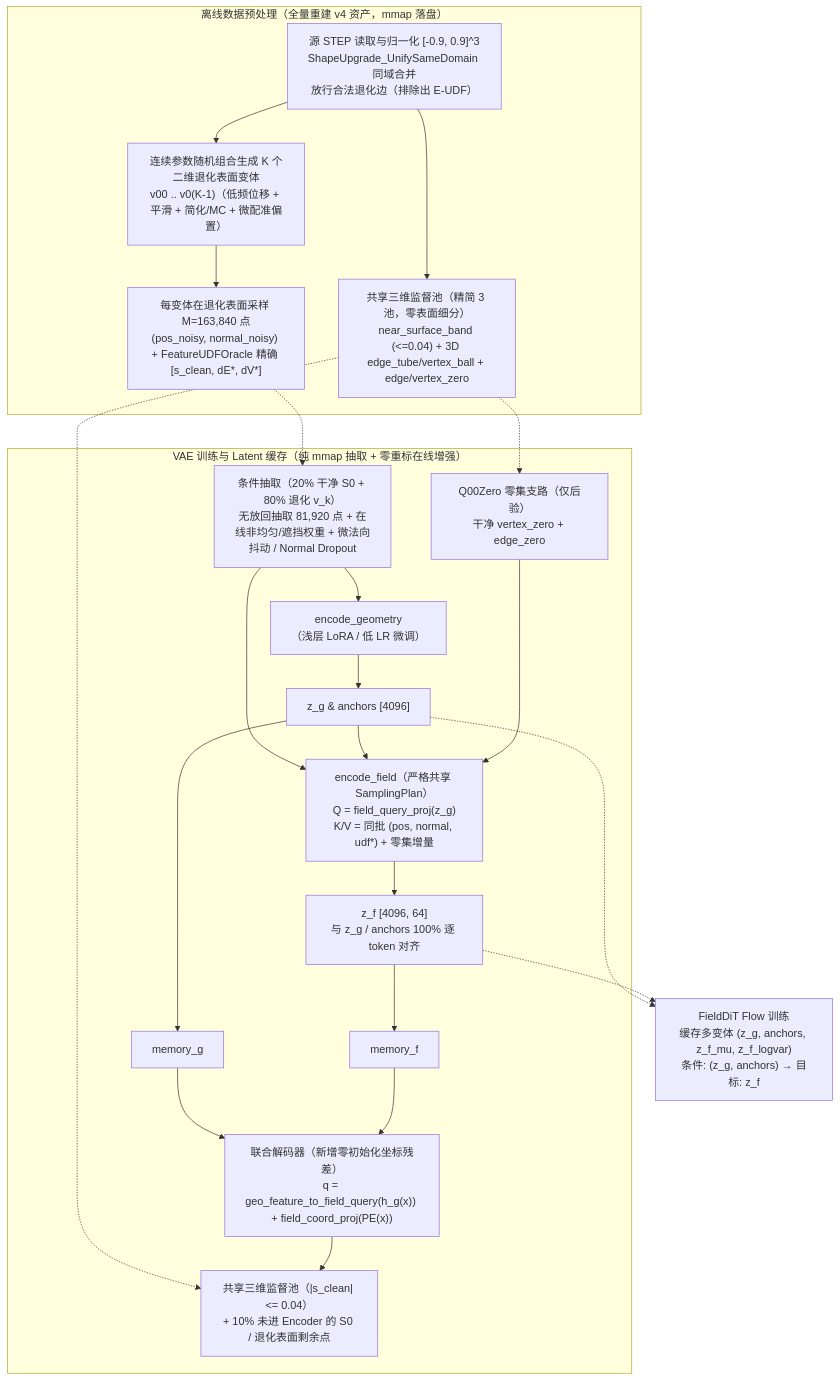
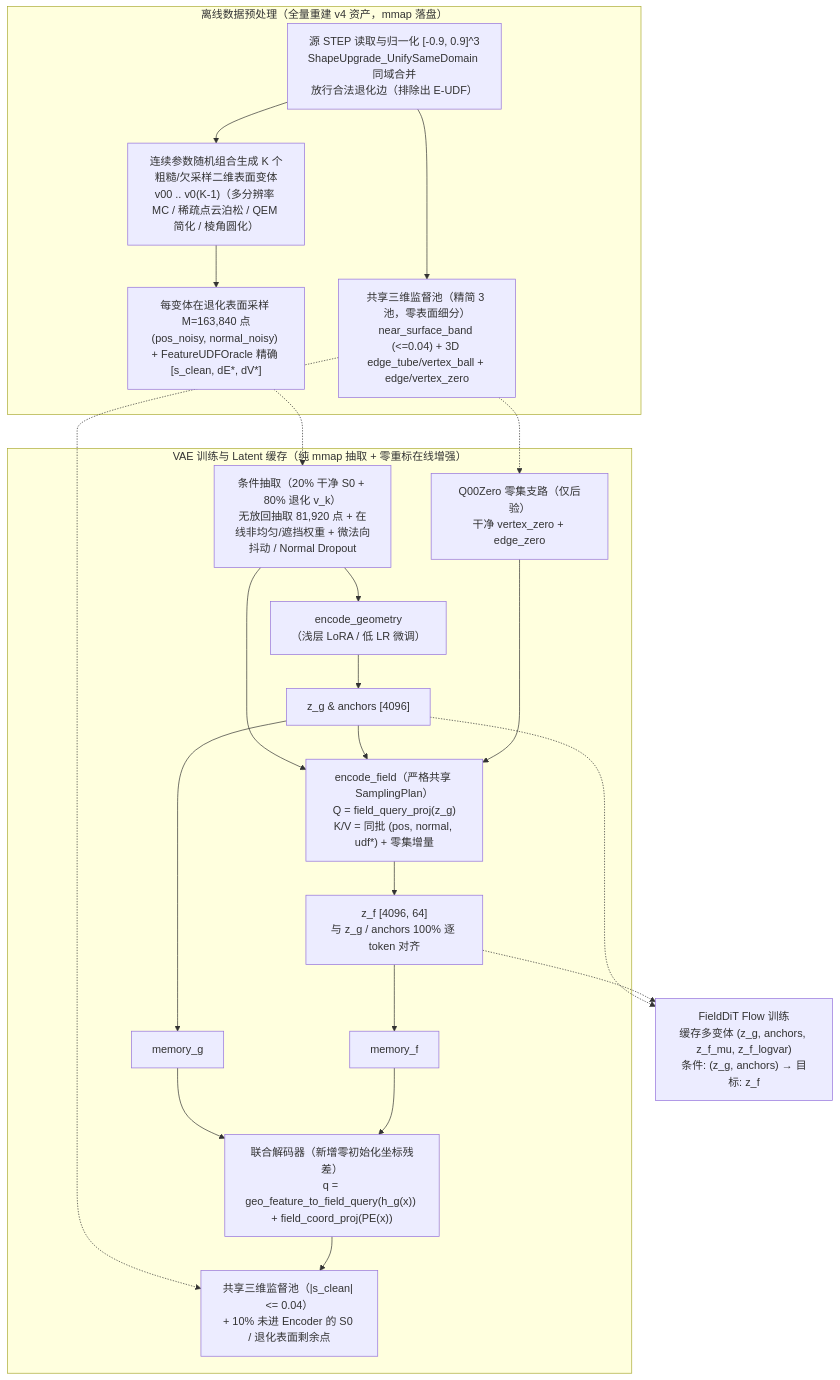
Before and after one commit to Hallucinat1on/DualBrep: the diagram in docs/ScanPairedTraining.md, drawn with Mermaid. The commit also changed other lines of this file and 1 other file, not shown here.

````diff
--- a/docs/ScanPairedTraining.md
+++ b/docs/ScanPairedTraining.md
@@ -82,39 +100,39 @@
 ```mermaid
 flowchart TB
     subgraph PRE["离线数据预处理（全量重建 v4 资产，mmap 落盘）"]
         STEP["源 STEP 读取与归一化 [-0.9, 0.9]^3<br/>ShapeUpgrade_UnifySameDomain 同域合并<br/>放行合法退化边（排除出 E-UDF）"]
-        DEG["连续参数随机组合生成 K 个二维退化表面变体<br/>v00 .. v0(K-1)（低频位移 + 平滑 + 简化/MC + 微配准偏置）"]
+        DEG["连续参数随机组合生成 K 个粗糙/欠采样二维表面变体<br/>v00 .. v0(K-1)（多分辨率 MC / 稀疏点云泊松 / QEM 简化 / 棱角圆化）"]
         SAMP["每变体在退化表面采样 M=163,840 点<br/>(pos_noisy, normal_noisy) + FeatureUDFOracle 精确 [s_clean, dE*, dV*]"]
         POOL["共享三维监督池（精简 3 池，零表面细分）<br/>near_surface_band (<=0.04) + 3D edge_tube/vertex_ball + edge/vertex_zero"]
         STEP --> DEG --> SAMP
         STEP --> POOL
     end
 
     subgraph TRAIN["VAE 训练与 Latent 缓存（纯 mmap 抽取 + 零重标在线增强）"]
         DRAW["条件抽取（20% 干净 S0 + 80% 退化 v_k）<br/>无放回抽取 81,920 点 + 在线非均匀/遮挡权重 + 微法向抖动 / Normal Dropout"]
         GE["encode_geometry<br/>（浅层 LoRA / 低 LR 微调）"]
         ZG["z_g & anchors [4096]"]
         MG["memory_g"]
 
         ZERO["Q00Zero 零集支路（仅后验）<br/>干净 vertex_zero + edge_zero"]
         FE["encode_field（严格共享 SamplingPlan）<br/>Q = field_query_proj(z_g)<br/>K/V = 同批 (pos, normal, udf*) + 零集增量"]
         ZF["z_f [4096, 64]<br/>与 z_g / anchors 100% 逐 token 对齐"]
         MF["memory_f"]
 
         DEC["联合解码器（新增零初始化坐标残差）<br/>q = geo_feature_to_field_query(h_g(x)) + field_coord_proj(PE(x))"]
         SUP["共享三维监督池（|s_clean| <= 0.04）<br/>+ 10% 未进 Encoder 的 S0 / 退化表面剩余点"]
     end
 
     FLOW["FieldDiT Flow 训练<br/>缓存多变体 (z_g, anchors, z_f_mu, z_f_logvar)<br/>条件: (z_g, anchors) → 目标: z_f"]
 
     SAMP -.-> DRAW
     POOL -.-> SUP
     POOL -.-> ZERO
     DRAW --> GE --> ZG --> MG --> DEC
     DRAW --> FE
     ZG --> FE
     ZERO --> FE --> ZF --> MF --> DEC
     DEC --> SUP
     ZG -.-> FLOW
     ZF -.-> FLOW
 ```
````
